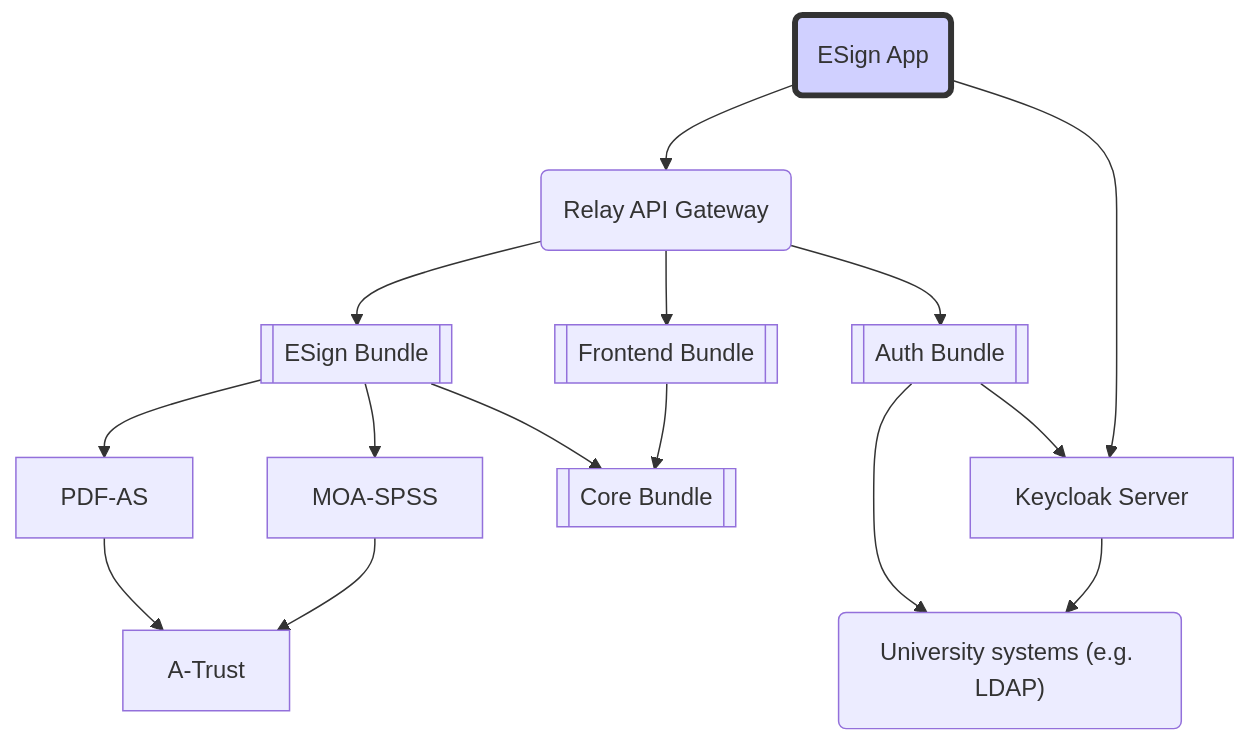
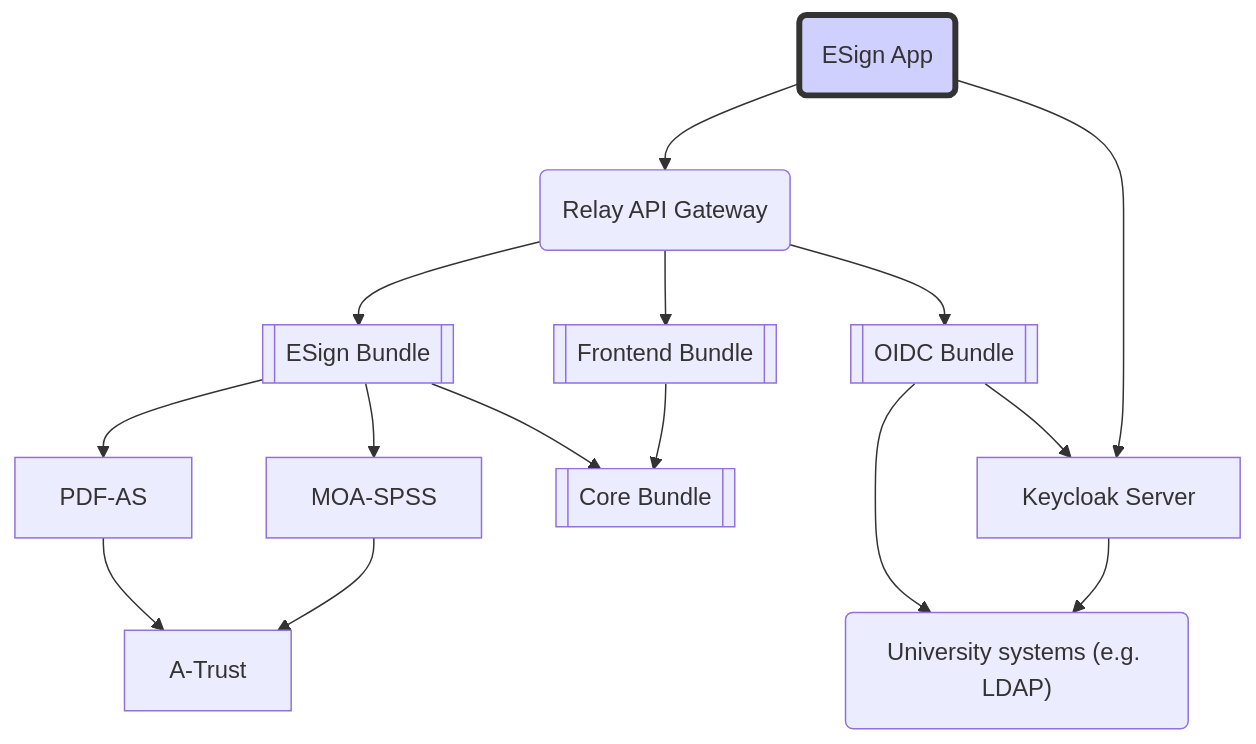
The diagram in docs/blueprints/esign.md (digital-blueprint/handbook), drawn with Mermaid before and after one commit. The commit also changed other lines of this file and 3 other files, not shown here.

Commit message:
More auth->oidc renaming

````diff
--- a/docs/blueprints/esign.md
+++ b/docs/blueprints/esign.md
@@ -35,19 +35,19 @@
 ```{.mermaid style="max-width:600px; margin: auto"}
 graph TB
     frontend(ESign App) --> relay(Relay API Gateway)
     frontend --> keycloak[Keycloak Server]
     relay --> esign-bundle[[ESign Bundle]]
     relay --> frontend-bundle[[Frontend Bundle]]
-    relay --> auth-bundle[[Auth Bundle]]
+    relay --> oidc-bundle[[OIDC Bundle]]
     esign-bundle --> pdf-as[PDF-AS]
     esign-bundle --> moa-spss[MOA-SPSS]
     esign-bundle  -->  core-bundle[[Core Bundle]]
     frontend-bundle --> core-bundle
-    auth-bundle --> local-system("University systems (e.g. LDAP)")
-    auth-bundle --> keycloak
+    oidc-bundle --> local-system("University systems (e.g. LDAP)")
+    oidc-bundle --> keycloak
     keycloak --> local-system
     pdf-as --> a-trust[A-Trust]
     moa-spss --> a-trust
 
     style frontend fill:#d0d0ff,stroke:#333,stroke-width:4px
 ```
````
